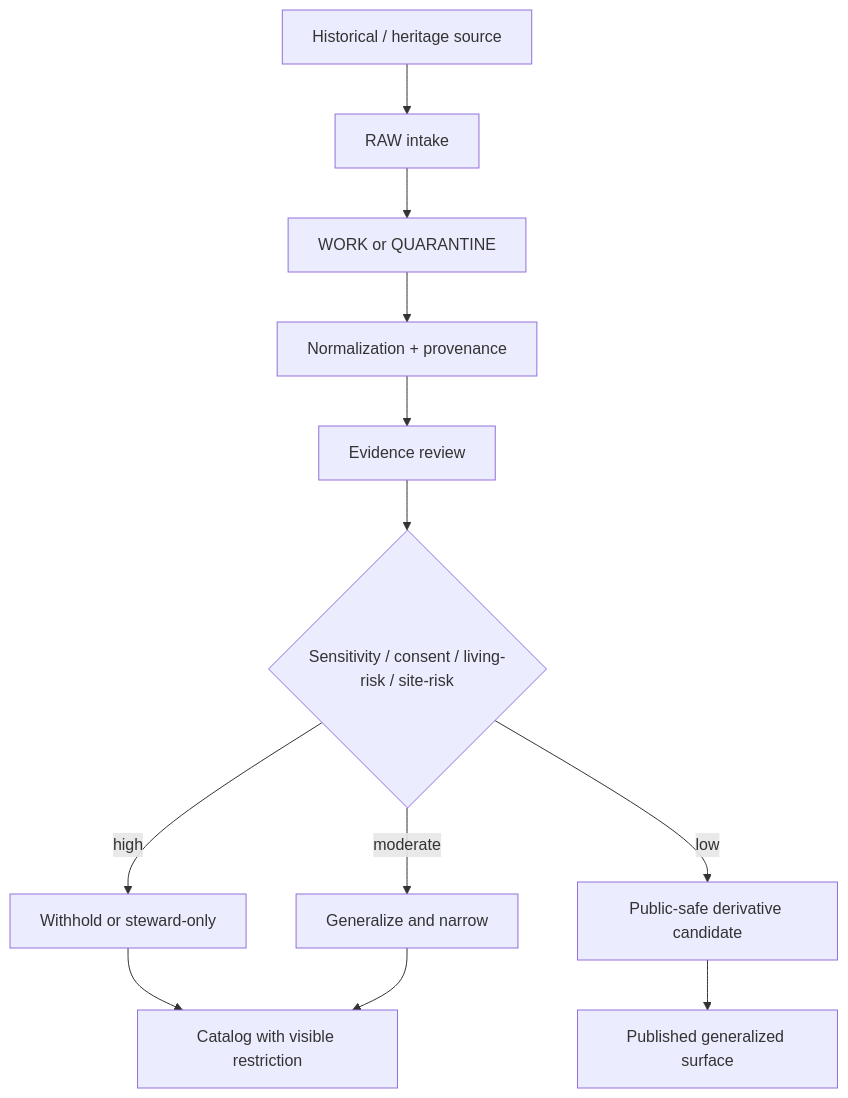
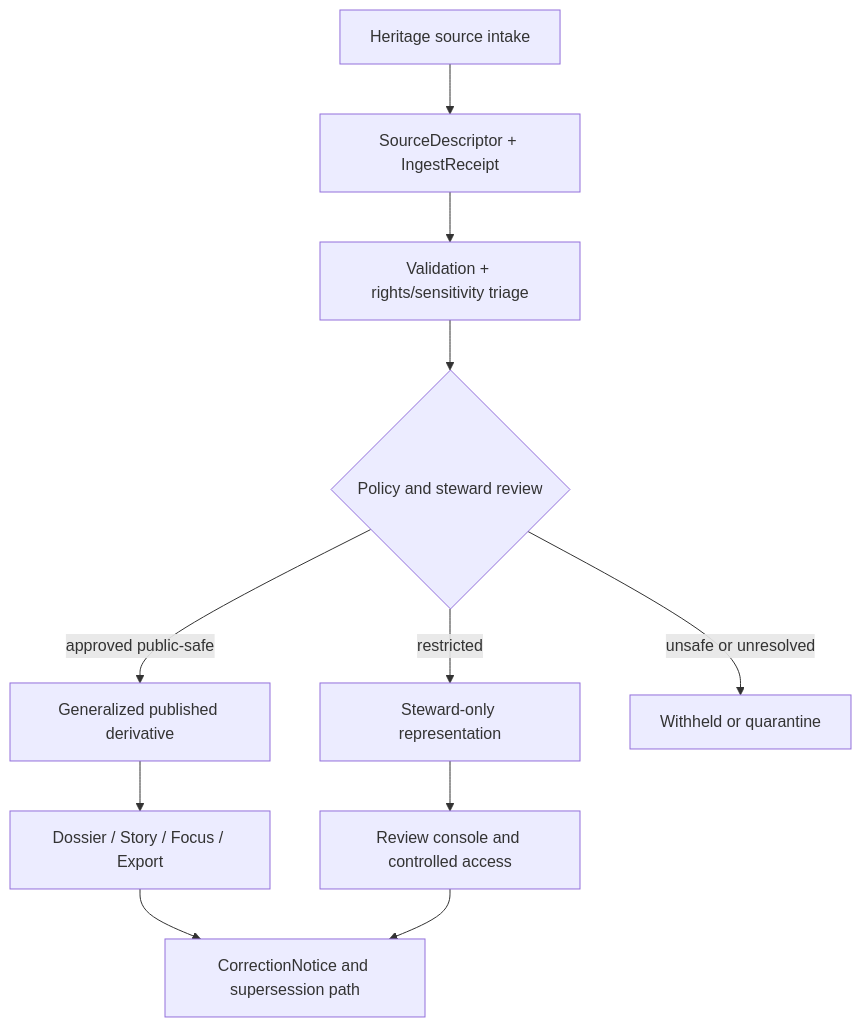
Before and after one commit to bartytime4life/Kansas-Frontier-Matrix: the diagram in docs/domains/heritage/README.md, drawn with Mermaid. The commit also changed other lines of this file and 5 other files, not shown here.

Commit message:
docs(heritage): restructure lane into evidence-first documentation suite

````diff
--- a/docs/domains/heritage/README.md
+++ b/docs/domains/heritage/README.md
@@ -179,14 +96,13 @@
 ```mermaid
 flowchart TD
-    A[Historical / heritage source] --> B[RAW intake]
-    B --> C[WORK or QUARANTINE]
-    C --> D[Normalization + provenance]
-    D --> E[Evidence review]
-    E --> F{Sensitivity / consent / living-risk / site-risk}
-    F -->|high| G[Withhold or steward-only]
-    F -->|moderate| H[Generalize and narrow]
-    F -->|low| I[Public-safe derivative candidate]
-    G --> J[Catalog with visible restriction]
-    H --> J
-    I --> K[Published generalized surface]
+    A[Heritage source intake] --> B[SourceDescriptor + IngestReceipt]
+    B --> C[Validation + rights/sensitivity triage]
+    C --> D{Policy and steward review}
+    D -->|approved public-safe| E[Generalized published derivative]
+    D -->|restricted| F[Steward-only representation]
+    D -->|unsafe or unresolved| G[Withheld or quarantine]
+    E --> H[Dossier / Story / Focus / Export]
+    F --> I[Review console and controlled access]
+    H --> J[CorrectionNotice and supersession path]
+    I --> J
 ```
````
